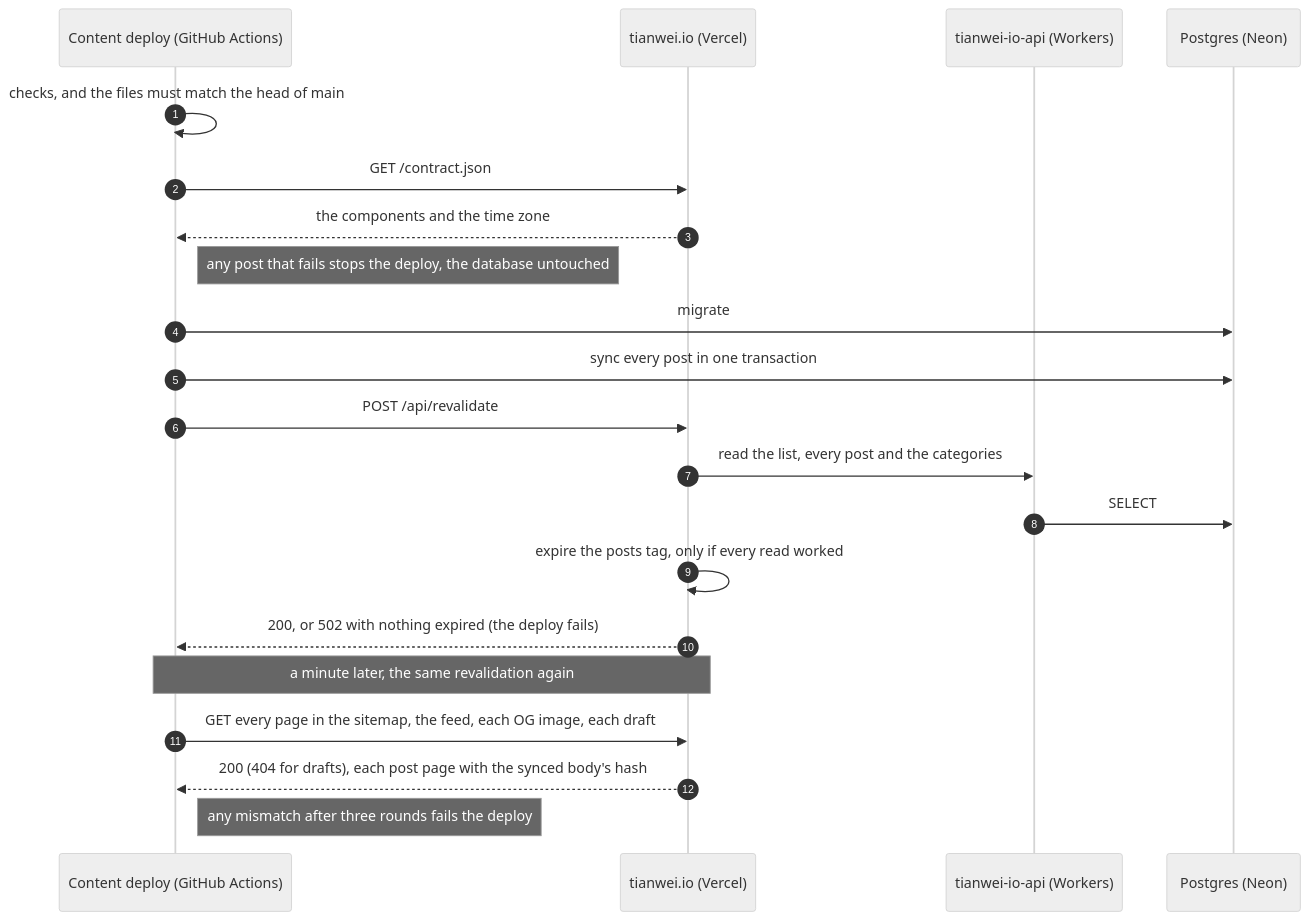
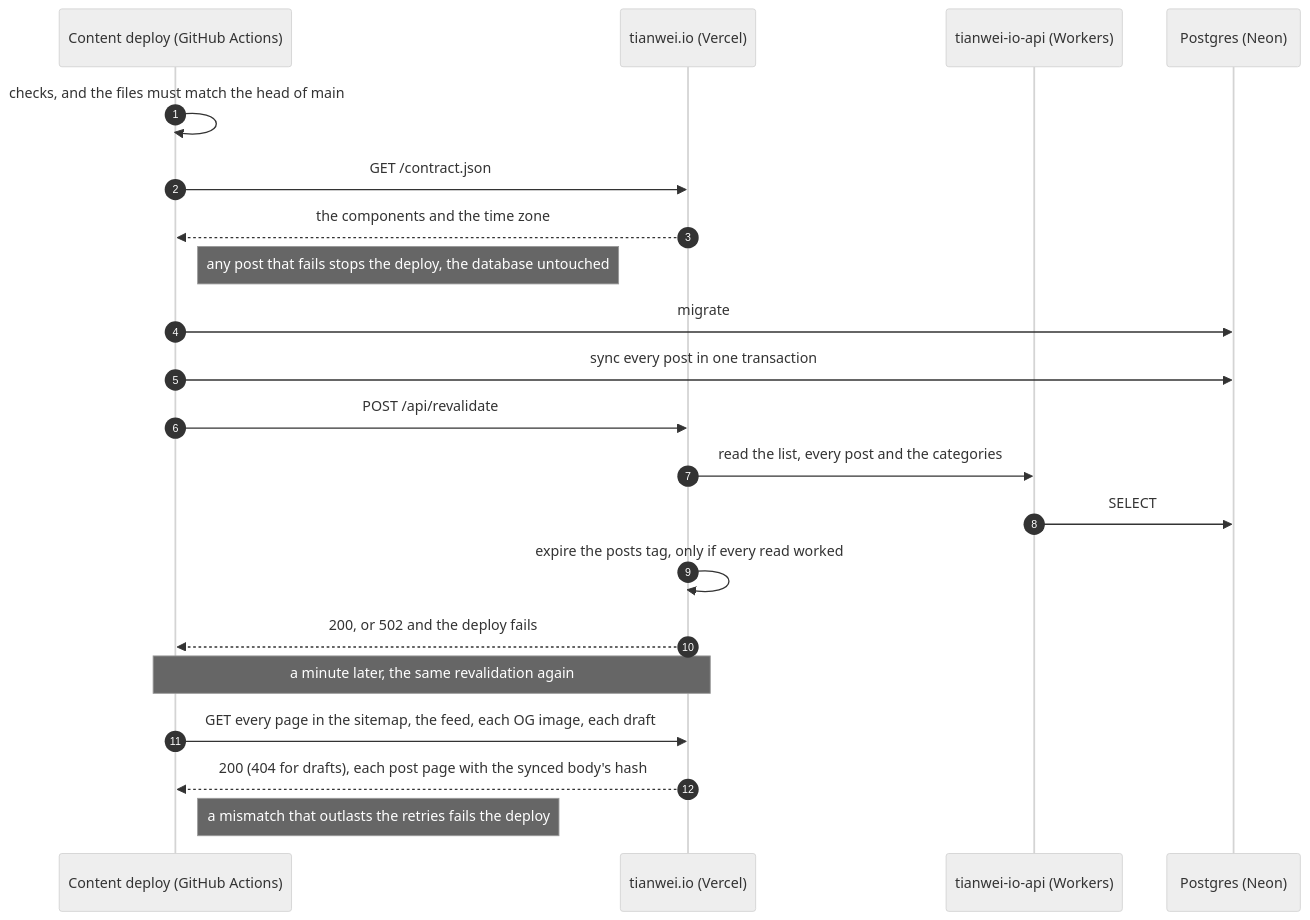
One commit to notbd/tianwei-io-content changed the diagram in README.md. Above: the diagram before and after it, drawn with Mermaid (neutral theme). The commit also changed other lines of this file and 1 other file, not shown here.

````diff
--- a/README.md
+++ b/README.md
@@ -134,23 +140,23 @@
 ```mermaid
 sequenceDiagram
   autonumber
   participant GH as Content deploy (GitHub Actions)
   participant FE as tianwei.io (Vercel)
   participant API as tianwei-io-api (Workers)
   participant DB as Postgres (Neon)
   GH->>GH: checks, and the files must match the head of main
   GH->>FE: GET /contract.json
   FE-->>GH: the components and the time zone
   Note right of GH: any post that fails stops the deploy, the database untouched
   GH->>DB: migrate
   GH->>DB: sync every post in one transaction
   GH->>FE: POST /api/revalidate
   FE->>API: read the list, every post and the categories
   API->>DB: SELECT
   FE->>FE: expire the posts tag, only if every read worked
-  FE-->>GH: 200, or 502 with nothing expired (the deploy fails)
+  FE-->>GH: 200, or 502 and the deploy fails
   Note over GH,FE: a minute later, the same revalidation again
   GH->>FE: GET every page in the sitemap, the feed, each OG image, each draft
   FE-->>GH: 200 (404 for drafts), each post page with the synced body's hash
-  Note right of GH: any mismatch after three rounds fails the deploy
+  Note right of GH: a mismatch that outlasts the retries fails the deploy
 ```
````
